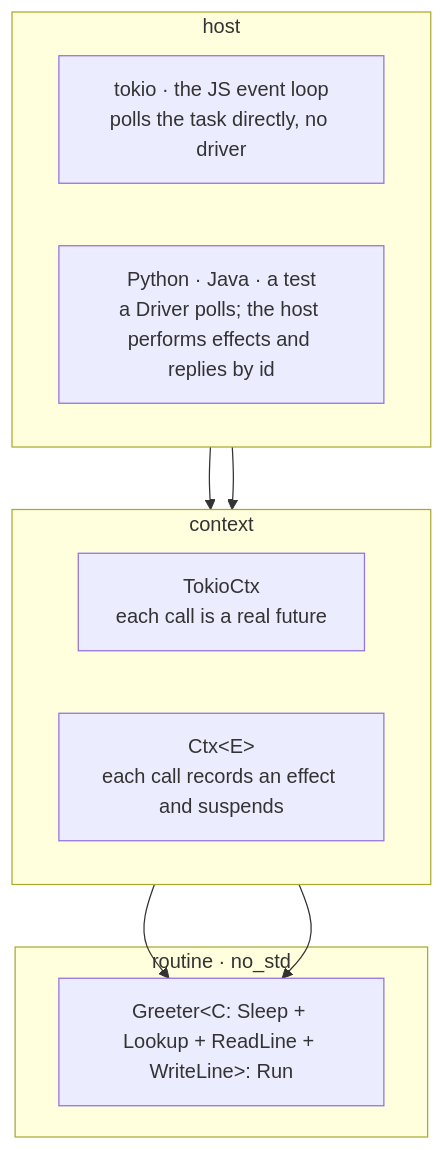
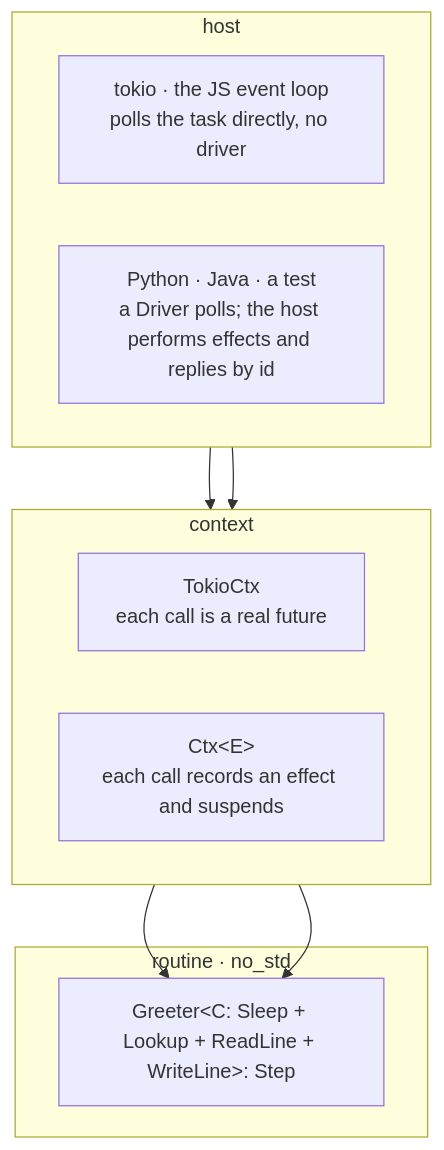
The first of 3 diagrams in design/README.md (inkandswitch/sans-effort), drawn with Mermaid before and after one commit. The commit also changed other lines of this file and 49 other files, not shown here.

````diff
--- a/design/README.md
+++ b/design/README.md
@@ -19,21 +19,21 @@
 ```mermaid
 flowchart TB
     subgraph host["host"]
         direction LR
         native["tokio · the JS event loop<br/>polls the task directly, no driver"]
         foreign["Python · Java · a test<br/>a Driver polls; the host performs effects and replies by id"]
     end
 
     subgraph context["context"]
         direction LR
         tokio_ctx["TokioCtx<br/>each call is a real future"]
         reify_ctx["Ctx#60;E#62;<br/>each call records an effect and suspends"]
     end
 
     subgraph routine["routine · no_std"]
-        greeter["Greeter#60;C: Sleep + Lookup + ReadLine + WriteLine#62;: Run"]
+        greeter["Greeter#60;C: Sleep + Lookup + ReadLine + WriteLine#62;: Step"]
     end
 
     native --> tokio_ctx --> greeter
     foreign --> reify_ctx --> greeter
 ```
````
